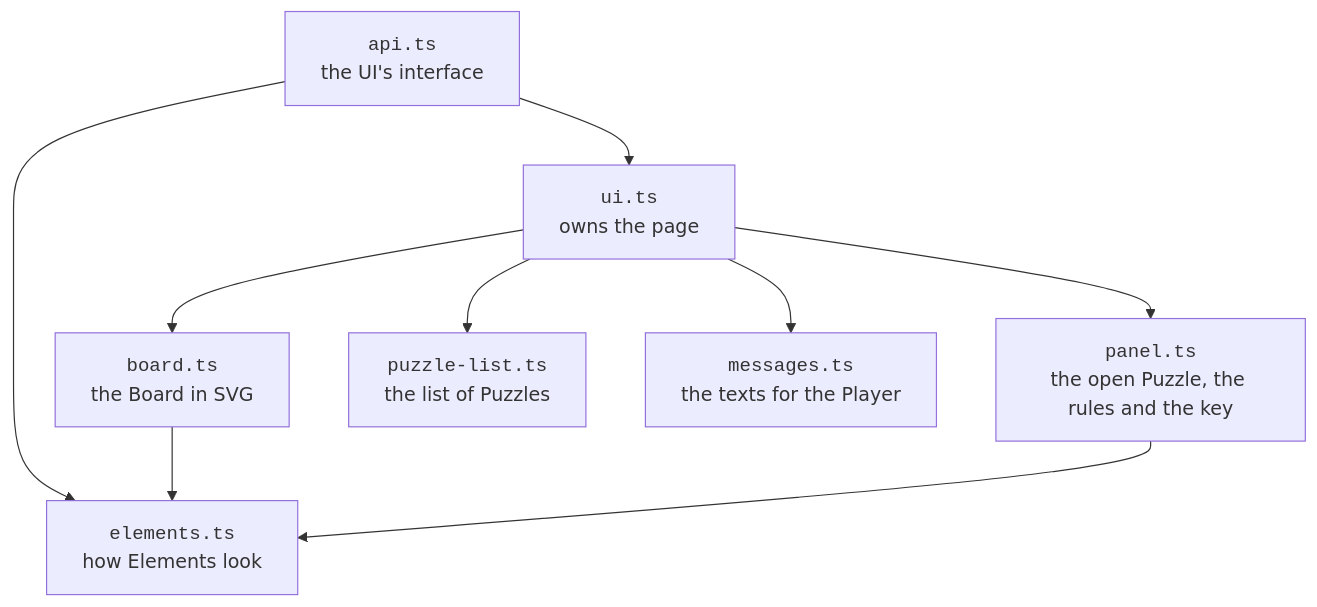
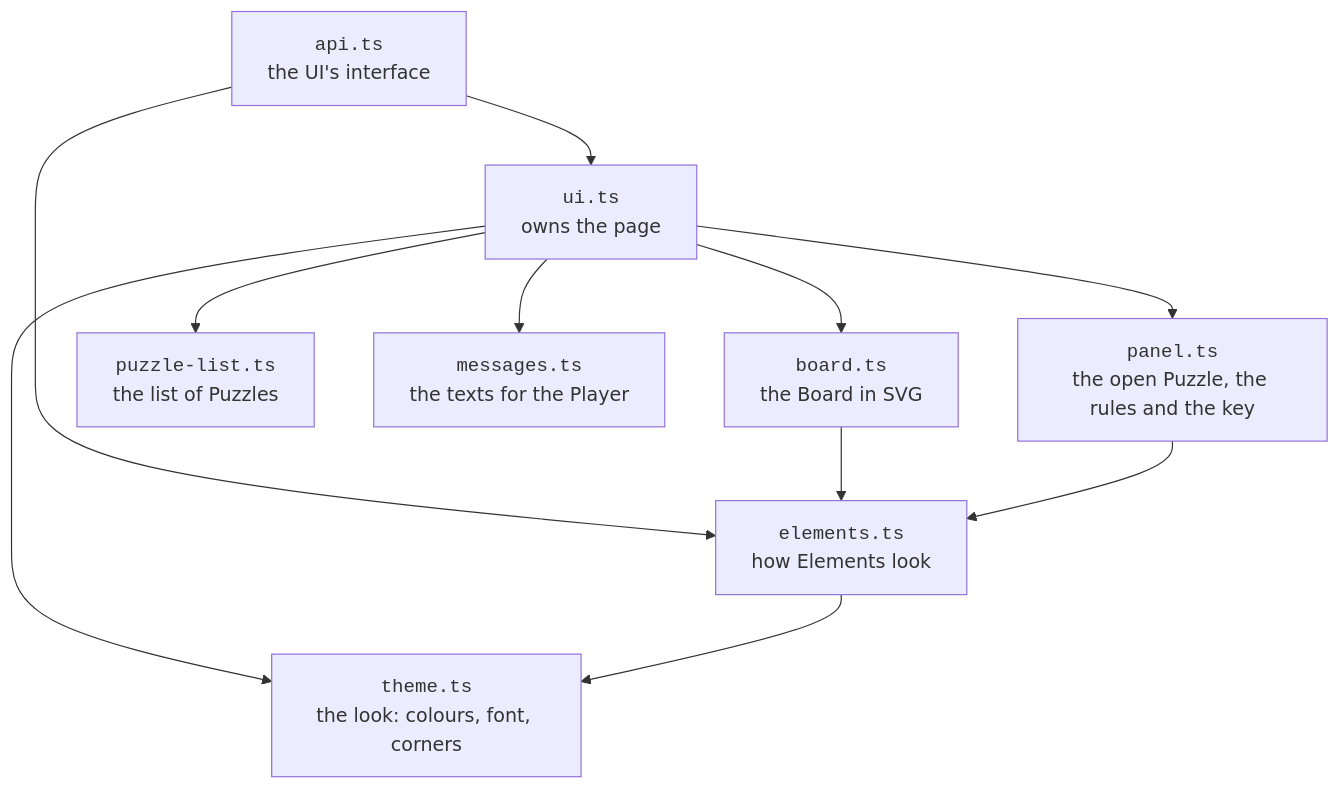
One commit to treetopbottle/molecuzzle changed the first of 2 diagrams in docs/architecture.md. Above: the diagram before and after it, drawn with Mermaid. The commit also changed other lines of this file and 7 other files, not shown here.

Commit message:
feat: the look is one theme, in src/ui/theme.ts

````diff
--- a/docs/architecture.md
+++ b/docs/architecture.md
@@ -21,19 +21,22 @@
 ```mermaid
 flowchart TD
   api["<code>api.ts</code><br/>the UI's interface"]
   uijs["<code>ui.ts</code><br/>owns the page"]
   board["<code>board.ts</code><br/>the Board in SVG"]
   panel["<code>panel.ts</code><br/>the open Puzzle, the rules and the key"]
   list["<code>puzzle-list.ts</code><br/>the list of Puzzles"]
   messages["<code>messages.ts</code><br/>the texts for the Player"]
   looks["<code>elements.ts</code><br/>how Elements look"]
+  theme["<code>theme.ts</code><br/>the look: colours, font, corners"]
 
   api --> uijs
   api --> looks
   uijs --> board
   uijs --> panel
   uijs --> list
   uijs --> messages
   board --> looks
   panel --> looks
+  uijs --> theme
+  looks --> theme
 ```
````
